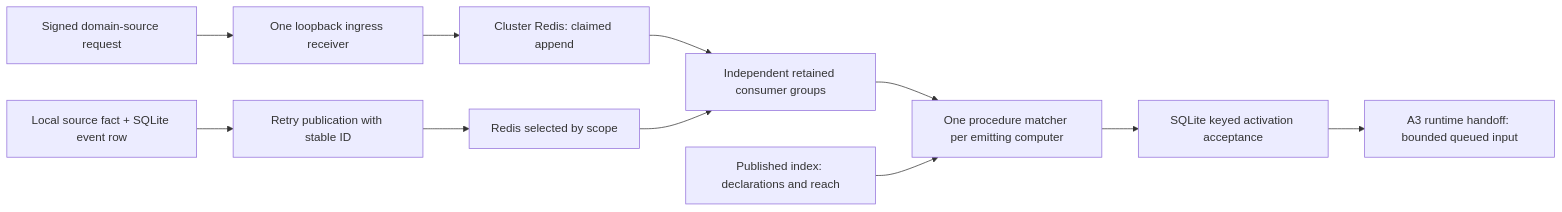
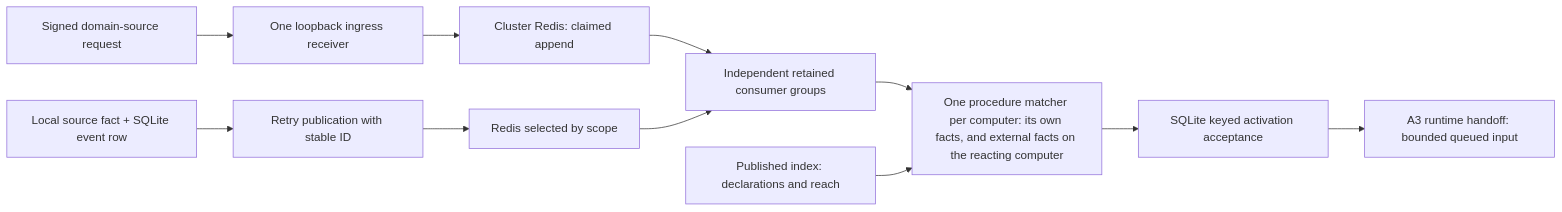
The fourth of 4 diagrams in docs/project/design/architecture/overview.md (InstruktAI/instrukt), drawn with Mermaid before and after one commit. The commit also changed other lines of this file and 11 other files, not shown here.

First line of the commit message:
docs(runner): one computer reacts to external facts, owned units need linger, the machine ID is shown

````diff
--- a/docs/project/design/architecture/overview.md
+++ b/docs/project/design/architecture/overview.md
@@ -343,13 +343,13 @@
 ```mermaid
 flowchart LR
   W[Signed domain-source request] --> I[One loopback ingress receiver]
   I --> C[Cluster Redis: claimed append]
   P[Local source fact + SQLite event row] --> H[Retry publication with stable ID]
   H --> R[Redis selected by scope]
   C --> Q[Independent retained consumer groups]
   R --> Q
-  Q --> A[One procedure matcher per emitting computer]
+  Q --> A[One procedure matcher per computer: its own facts, and external facts on the reacting computer]
   X[Published index: declarations and reach] --> A
   A --> D[SQLite keyed activation acceptance]
   D --> T[A3 runtime handoff: bounded queued input]
 ```
````
